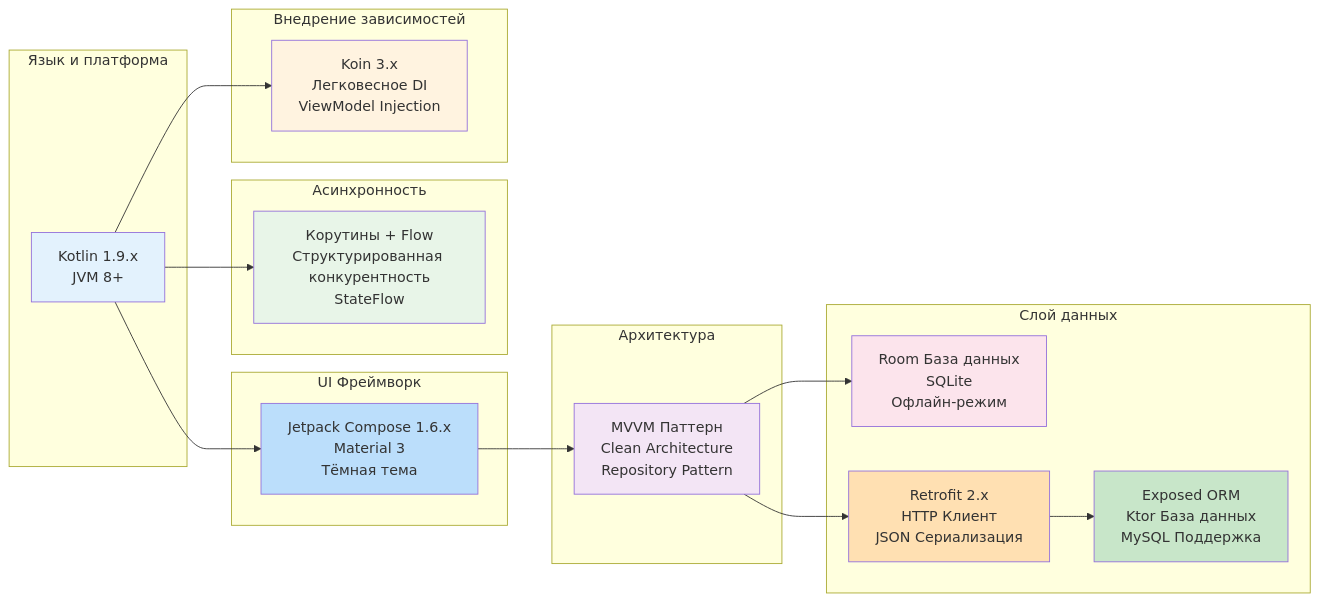
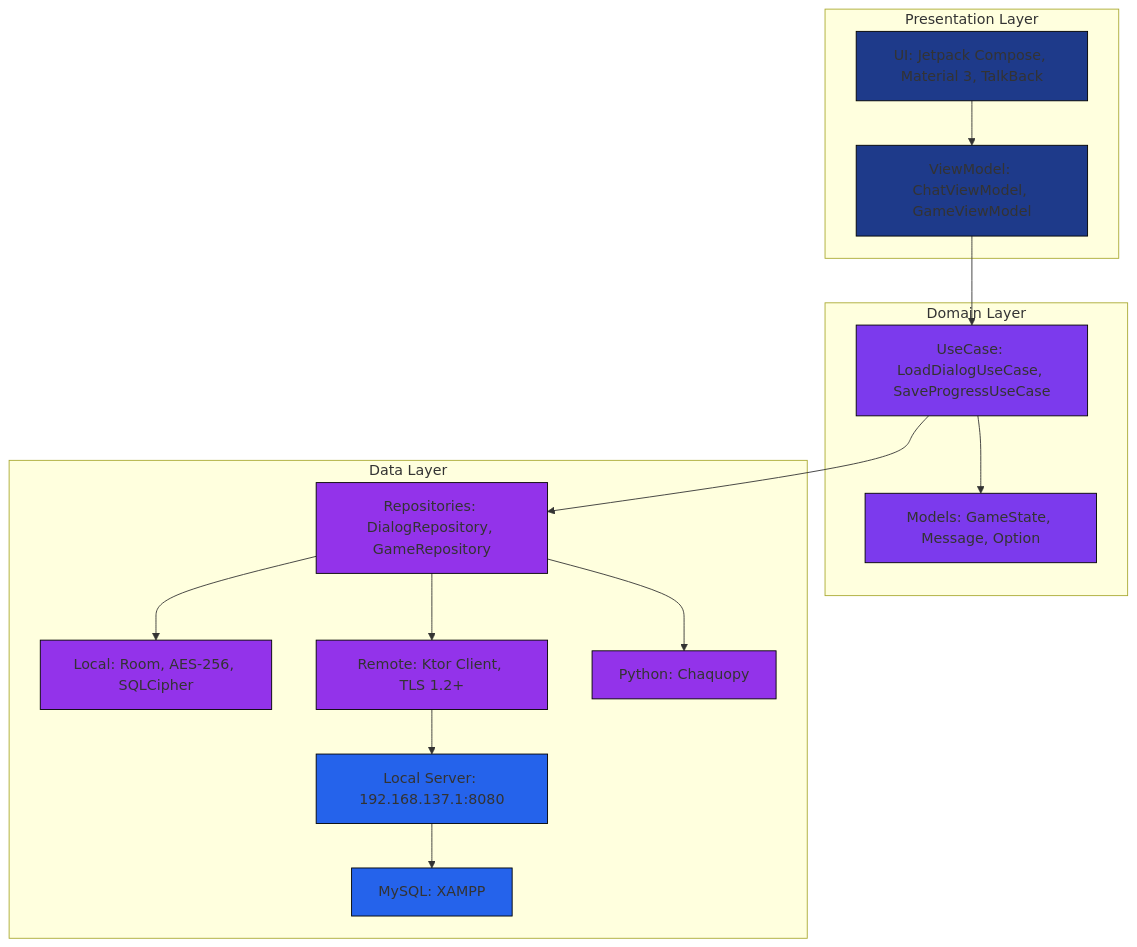
One commit to Angel-Energy/diplom- changed the second of 11 diagrams in ALL_DIAGRAMS.md. Above: the diagram before and after it, drawn with Mermaid. The commit also changed other lines of this file and 247 other files, not shown here.

````diff
--- a/ALL_DIAGRAMS.md
+++ b/ALL_DIAGRAMS.md
@@ -203,38 +76,36 @@
 ```mermaid
-graph LR
-    subgraph "Язык и платформа"
-        kotlin[Kotlin 1.9.x<br/>JVM 8+]
+graph TD
+    subgraph Presentation Layer
+        A1[UI: Jetpack Compose, Material 3, TalkBack]
+        A2[ViewModel: ChatViewModel, GameViewModel]
+        A1 --> A2
     end
-    subgraph "UI Фреймворк"
-        compose[Jetpack Compose 1.6.x<br/>Material 3<br/>Тёмная тема]
+    subgraph Domain Layer
+        B1[UseCase: LoadDialogUseCase, SaveProgressUseCase]
+        B2[Models: GameState, Message, Option]
+        B1 --> B2
     end
-    subgraph "Асинхронность"
-        корутины[Корутины + Flow<br/>Структурированная конкурентность<br/>StateFlow]
+    subgraph Data Layer
+        C1[Repositories: DialogRepository, GameRepository]
+        C2[Local: Room, AES-256, SQLCipher]
+        C3[Remote: Ktor Client, TLS 1.2+]
+        C4[Python: Chaquopy]
+        C1 --> C2
+        C1 --> C3
+        C1 --> C4
+        C3 --> C5[Local Server: 192.168.137.1:8080]
+        C5 --> C6[MySQL: XAMPP]
     end
-    subgraph "Внедрение зависимостей"
-        koin[Koin 3.x<br/>Легковесное DI<br/>ViewModel Injection]
-    end
-    subgraph "Архитектура"
-        mvvm[MVVM Паттерн<br/>Clean Architecture<br/>Repository Pattern]
-    end
-    subgraph "Слой данных"
-        room[Room База данных<br/>SQLite<br/>Офлайн-режим]
-        retrofit[Retrofit 2.x<br/>HTTP Клиент<br/>JSON Сериализация]
-        exposed[Exposed ORM<br/>Ktor База данных<br/>MySQL Поддержка]
-    end
-    kotlin --> compose
-    kotlin --> корутины
-    kotlin --> koin
-    compose --> mvvm
-    mvvm --> room
-    mvvm --> retrofit
-    retrofit --> exposed
-    style kotlin fill:#e3f2fd
-    style compose fill:#bbdefb
-    style корутины fill:#e8f5e8
-    style koin fill:#fff3e0
-    style mvvm fill:#f3e5f5
-    style room fill:#fce4ec
-    style retrofit fill:#ffe0b2
-    style exposed fill:#c8e6c9
+    A2 --> B1
+    B1 --> C1
+    style A1 fill:#1E3A8A,stroke:#000000
+    style A2 fill:#1E3A8A,stroke:#000000
+    style B1 fill:#7C3AED,stroke:#000000
+    style B2 fill:#7C3AED,stroke:#000000
+    style C1 fill:#9333EA,stroke:#000000
+    style C2 fill:#9333EA,stroke:#000000
+    style C3 fill:#9333EA,stroke:#000000
+    style C4 fill:#9333EA,stroke:#000000
+    style C5 fill:#2563EB,stroke:#000000
+    style C6 fill:#2563EB,stroke:#000000
 ```
````
